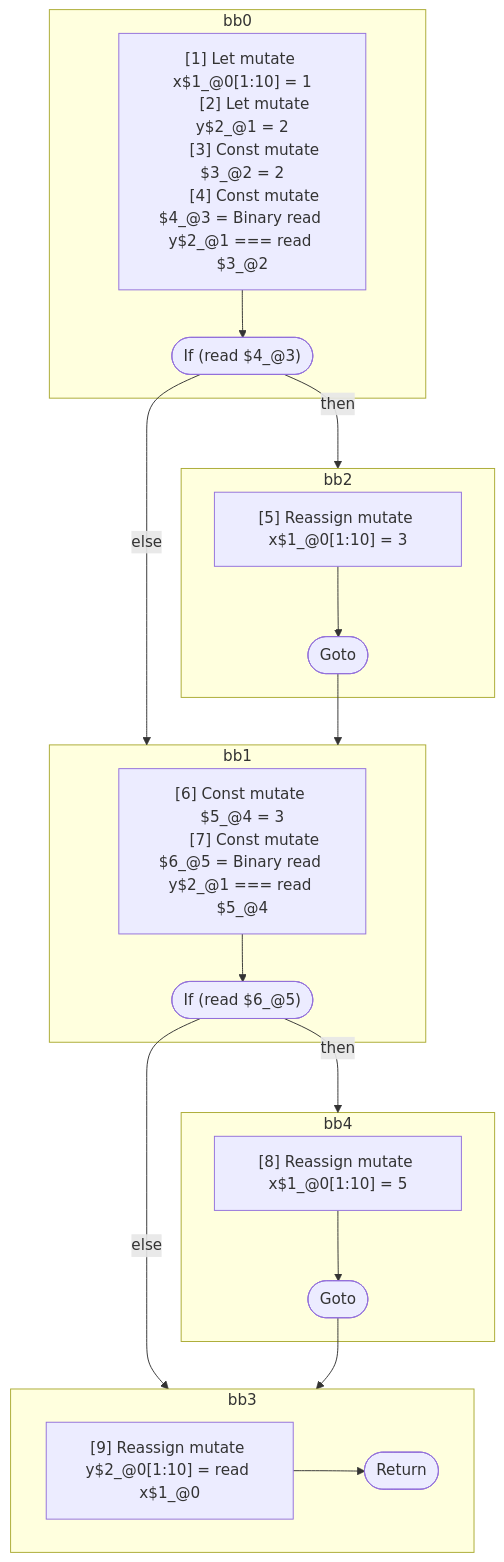
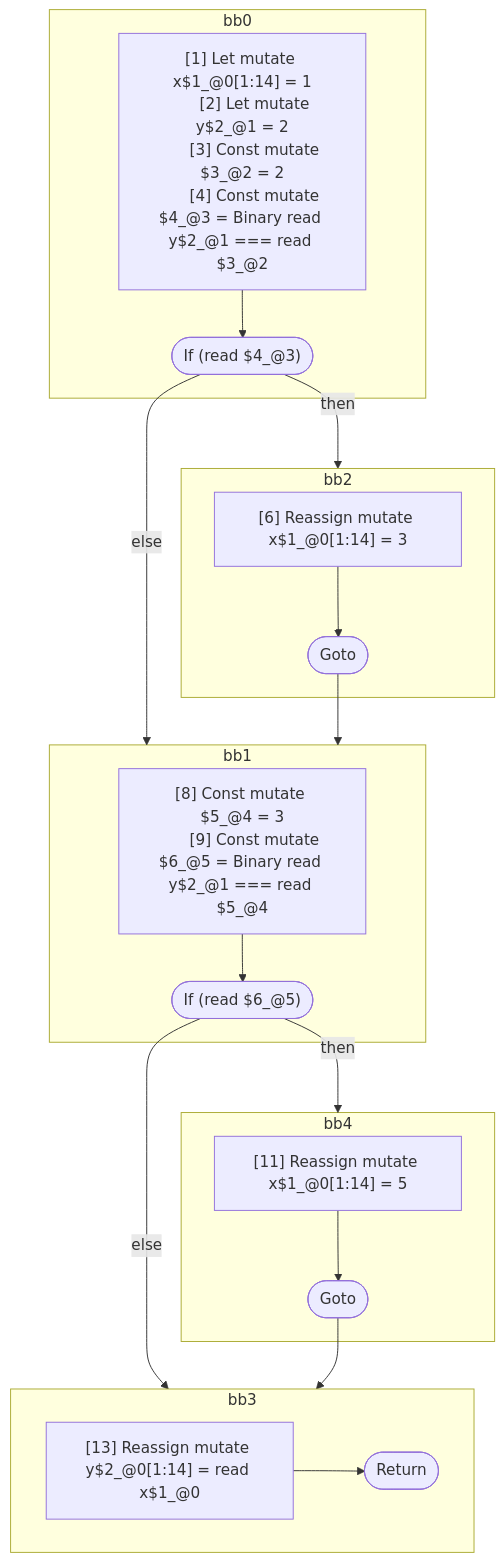
One commit to wutsmog/private changed the diagram in compiler/forget/src/__tests__/fixtures/hir/ssa-complex-multiple-if.expect.md. Above: the diagram before and after it, drawn with Mermaid. The commit also changed other lines of this file and 61 other files, not shown here.

````diff
--- a/compiler/forget/src/__tests__/fixtures/hir/ssa-complex-multiple-if.expect.md
+++ b/compiler/forget/src/__tests__/fixtures/hir/ssa-complex-multiple-if.expect.md
@@ -50,47 +50,47 @@
 ```mermaid
 flowchart TB
   %% Basic Blocks
   subgraph bb0
     bb0_instrs["
-      [1] Let mutate x$1_@0[1:10] = 1
+      [1] Let mutate x$1_@0[1:14] = 1
       [2] Let mutate y$2_@1 = 2
       [3] Const mutate $3_@2 = 2
       [4] Const mutate $4_@3 = Binary read y$2_@1 === read $3_@2
     "]
     bb0_instrs --> bb0_terminal(["If (read $4_@3)"])
   end
   subgraph bb2
     bb2_instrs["
-      [5] Reassign mutate x$1_@0[1:10] = 3
+      [6] Reassign mutate x$1_@0[1:14] = 3
     "]
     bb2_instrs --> bb2_terminal(["Goto"])
   end
   subgraph bb1
     bb1_instrs["
-      [6] Const mutate $5_@4 = 3
-      [7] Const mutate $6_@5 = Binary read y$2_@1 === read $5_@4
+      [8] Const mutate $5_@4 = 3
+      [9] Const mutate $6_@5 = Binary read y$2_@1 === read $5_@4
     "]
     bb1_instrs --> bb1_terminal(["If (read $6_@5)"])
   end
   subgraph bb4
     bb4_instrs["
-      [8] Reassign mutate x$1_@0[1:10] = 5
+      [11] Reassign mutate x$1_@0[1:14] = 5
     "]
     bb4_instrs --> bb4_terminal(["Goto"])
   end
   subgraph bb3
     bb3_instrs["
-      [9] Reassign mutate y$2_@0[1:10] = read x$1_@0
+      [13] Reassign mutate y$2_@0[1:14] = read x$1_@0
     "]
     bb3_instrs --> bb3_terminal(["Return"])
   end
 
   %% Jumps
   bb0_terminal -- "then" --> bb2
   bb0_terminal -- "else" --> bb1
   bb2_terminal --> bb1
   bb1_terminal -- "then" --> bb4
   bb1_terminal -- "else" --> bb3
   bb4_terminal --> bb3
 
 ```
````
